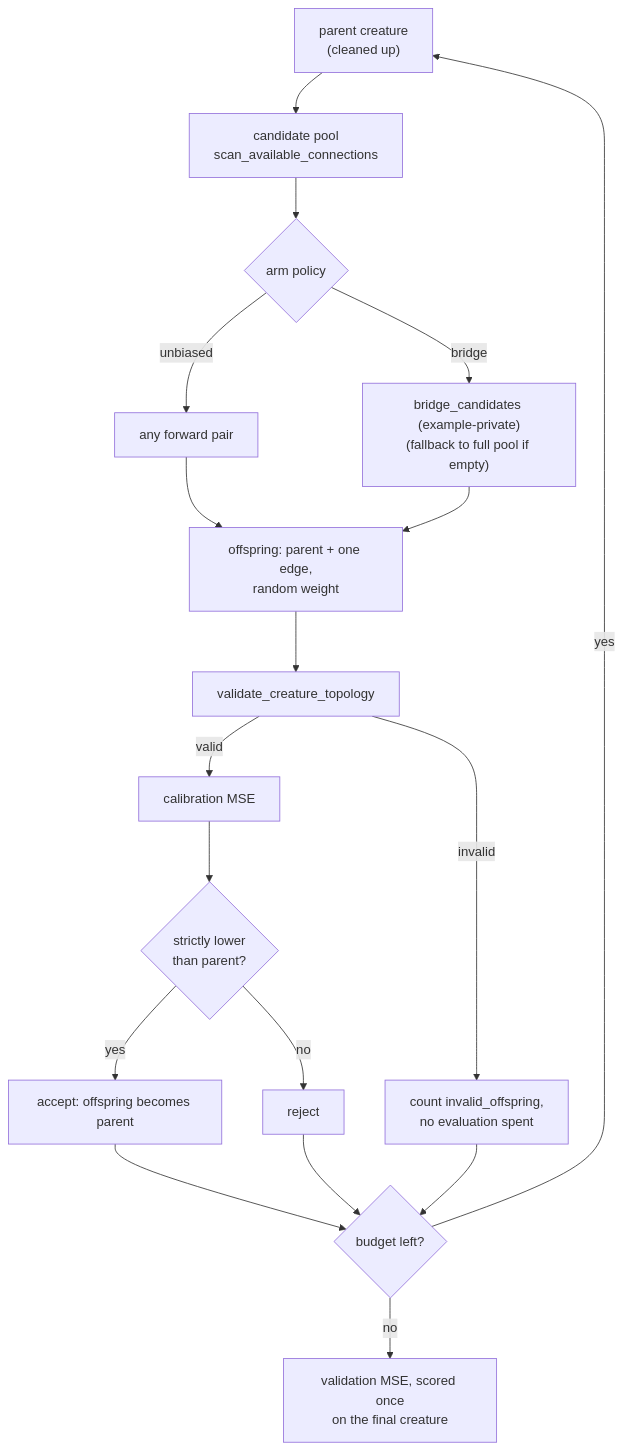
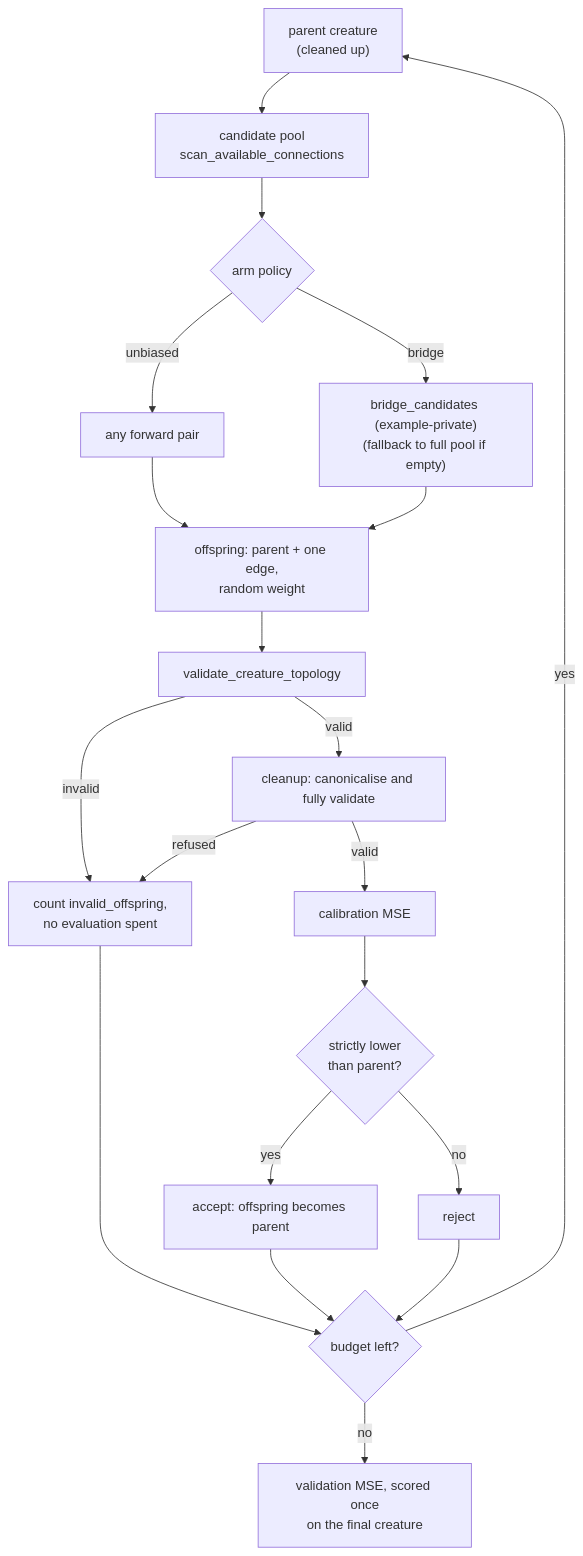
The diagram in docs/research/reachability-guided-mutation.md (stSoftwareAU/NEAT-AI-core), drawn with Mermaid before and after one commit. The commit also changed other lines of this file and 4 other files, not shown here.

````diff
--- a/docs/research/reachability-guided-mutation.md
+++ b/docs/research/reachability-guided-mutation.md
@@ -80,20 +92,22 @@
 ```mermaid
 flowchart TD
     P["parent creature<br/>(cleaned up)"] --> C["candidate pool<br/>scan_available_connections"]
     C --> A{"arm policy"}
     A -- "unbiased" --> U["any forward pair"]
     A -- "bridge" --> B["bridge_candidates (example-private)<br/>(fallback to full pool if empty)"]
     U --> O["offspring: parent + one edge,<br/>random weight"]
     B --> O
     O --> V["validate_creature_topology"]
     V -- "invalid" --> X["count invalid_offspring,<br/>no evaluation spent"]
-    V -- "valid" --> M["calibration MSE"]
+    V -- "valid" --> K["cleanup: canonicalise and fully validate"]
+    K -- "refused" --> X
+    K -- "valid" --> M["calibration MSE"]
     M --> D{"strictly lower<br/>than parent?"}
     D -- "yes" --> AC["accept: offspring becomes parent"]
     D -- "no" --> RJ["reject"]
     AC --> L{"budget left?"}
     RJ --> L
     X --> L
     L -- "yes" --> P
     L -- "no" --> F["validation MSE, scored once<br/>on the final creature"]
 ```
````
